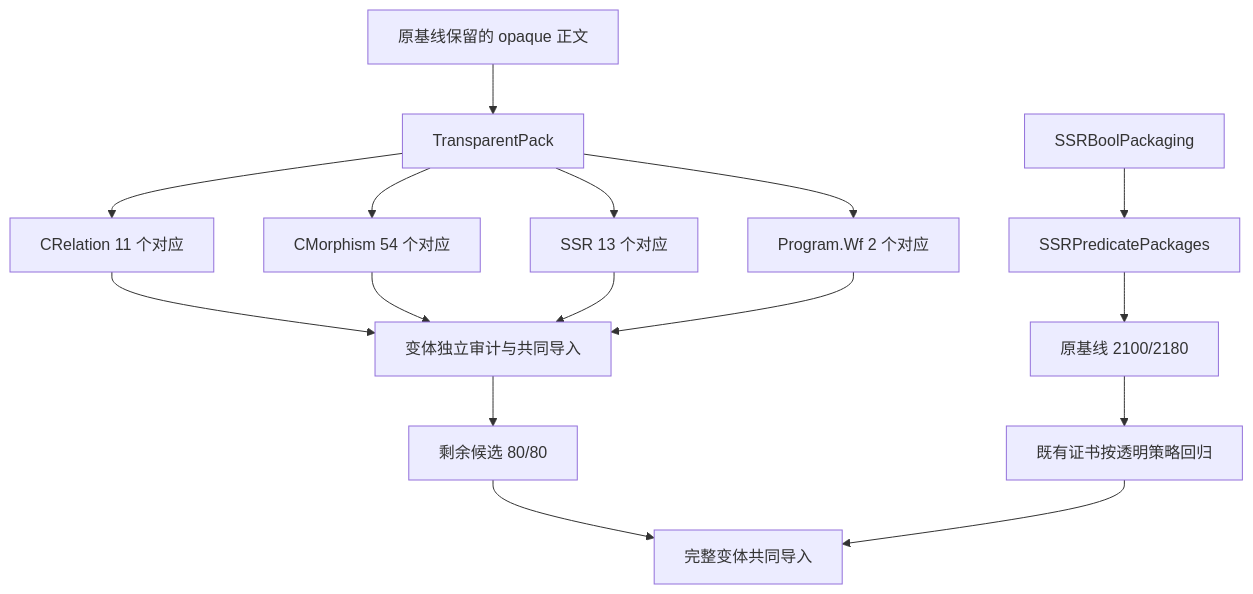
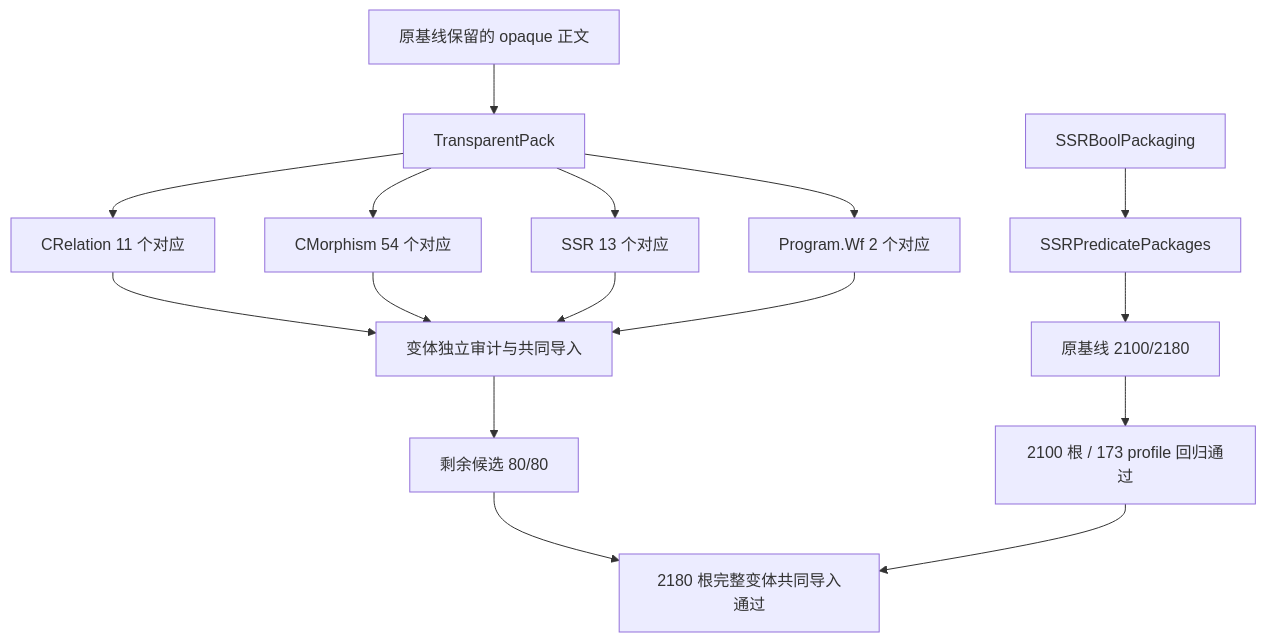
Before and after one commit to jackooo-dddd/rocq-core: diagram 26 of 26 in experiments/incremental-correspondence-20261019/DAG.md, drawn with Mermaid. The commit also changed 200 other files, not shown here.

```diff
--- a/experiments/incremental-correspondence-20261019/DAG.md
+++ b/experiments/incremental-correspondence-20261019/DAG.md
@@ -675,18 +675,18 @@
 ~~~mermaid
 flowchart TD
  SSRBoolPackaging --> SSRPredicatePackages
  SSRPredicatePackages --> Frozen2100[原基线 2100/2180]
  Retained[原基线保留的 opaque 正文] --> TransparentPack
  TransparentPack --> CRelationVariant[CRelation 11 个对应]
  TransparentPack --> CMorphismVariant[CMorphism 54 个对应]
  CRelationVariant --> VariantAudit[变体独立审计与共同导入]
  CMorphismVariant --> VariantAudit
  TransparentPack --> SSRVariant[SSR 13 个对应]
  TransparentPack --> ProgramWfVariant[Program.Wf 2 个对应]
  SSRVariant --> VariantAudit
  ProgramWfVariant --> VariantAudit
  VariantAudit --> Variant80[剩余候选 80/80]
- Frozen2100 --> Recheck[既有证书按透明策略回归]
- Variant80 --> Combined[完整变体共同导入]
+ Frozen2100 --> Recheck[2100 根 / 173 profile 回归通过]
+ Variant80 --> Combined[2180 根完整变体共同导入通过]
  Recheck --> Combined
 ~~~
```
